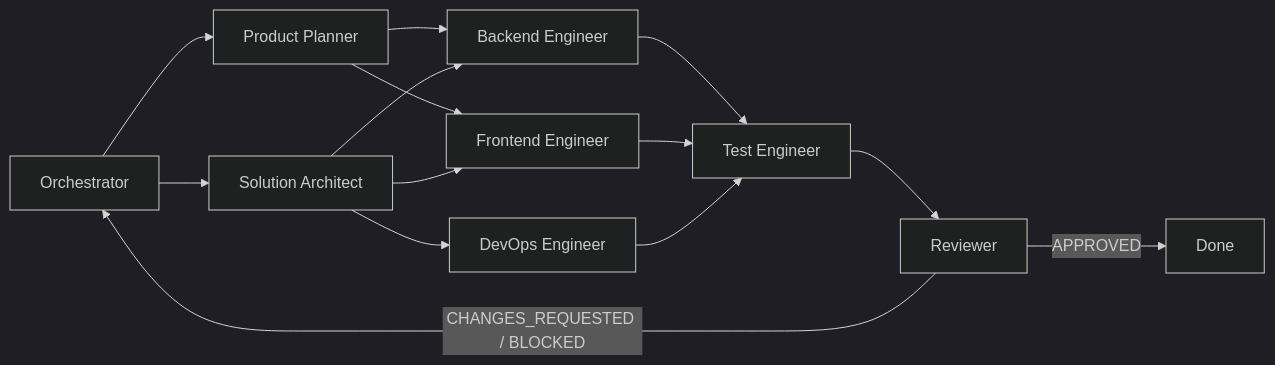
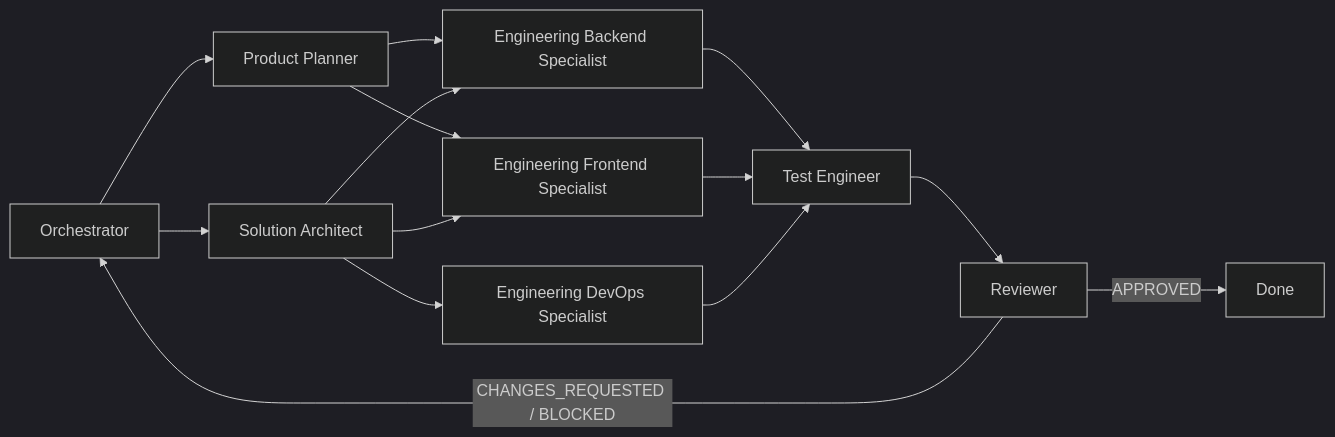
One commit to rivailruiz/codex-agency-agents changed the diagram in README.md. Above: the diagram before and after it, drawn with Mermaid (dark theme). The commit also changed other lines of this file and 16 other files, not shown here.

````diff
--- a/README.md
+++ b/README.md
@@ -80,16 +77,16 @@
 ```mermaid
 flowchart LR
   A["Orchestrator"] --> B["Product Planner"]
   A --> C["Solution Architect"]
-  B --> D["Backend Engineer"]
+  B --> D["Engineering Backend Specialist"]
   C --> D
-  B --> E["Frontend Engineer"]
+  B --> E["Engineering Frontend Specialist"]
   C --> E
-  C --> F["DevOps Engineer"]
+  C --> F["Engineering DevOps Specialist"]
   D --> G["Test Engineer"]
   E --> G
   F --> G
   G --> H["Reviewer"]
   H -->|"APPROVED"| I["Done"]
   H -->|"CHANGES_REQUESTED / BLOCKED"| A
 ```
````
